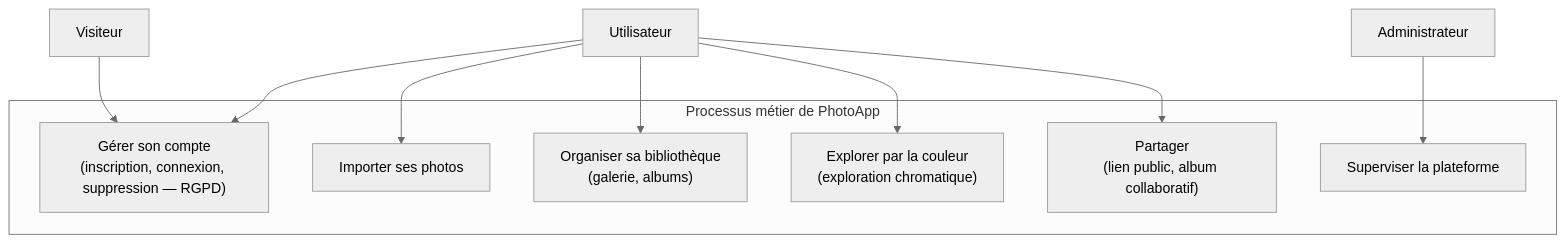
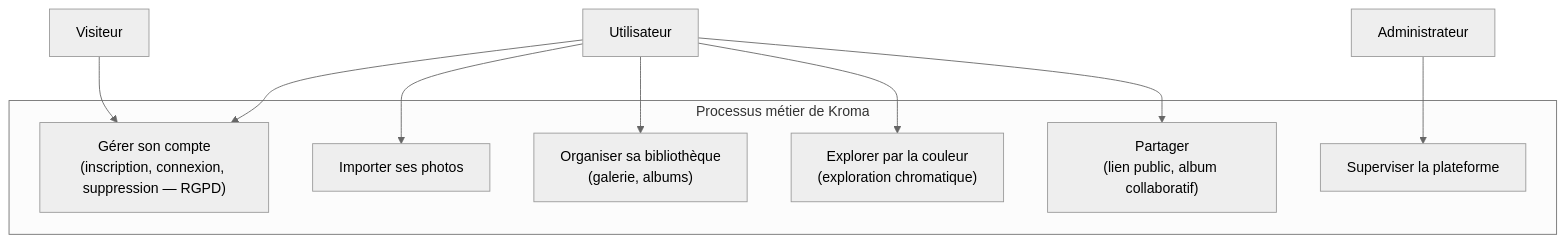
The first of 5 diagrams in docs/cartographie-si.md (TonyMascate/fil_rouge_plateforme), drawn with Mermaid (neutral theme) before and after one commit. The commit also changed 27 other files, not shown here.

````diff
--- a/docs/cartographie-si.md
+++ b/docs/cartographie-si.md
@@ -40,23 +40,23 @@
 ```mermaid
 flowchart TD
     V["Visiteur"]
     U["Utilisateur"]
     A["Administrateur"]
 
-    subgraph Processus["Processus métier de PhotoApp"]
+    subgraph Processus["Processus métier de Kroma"]
         P1["Gérer son compte<br/>(inscription, connexion, suppression — RGPD)"]
         P2["Importer ses photos"]
         P3["Organiser sa bibliothèque<br/>(galerie, albums)"]
         P4["Explorer par la couleur<br/>(exploration chromatique)"]
         P5["Partager<br/>(lien public, album collaboratif)"]
         P6["Superviser la plateforme"]
     end
 
     V --> P1
     U --> P1
     U --> P2
     U --> P3
     U --> P4
     U --> P5
     A --> P6
 ```
````
